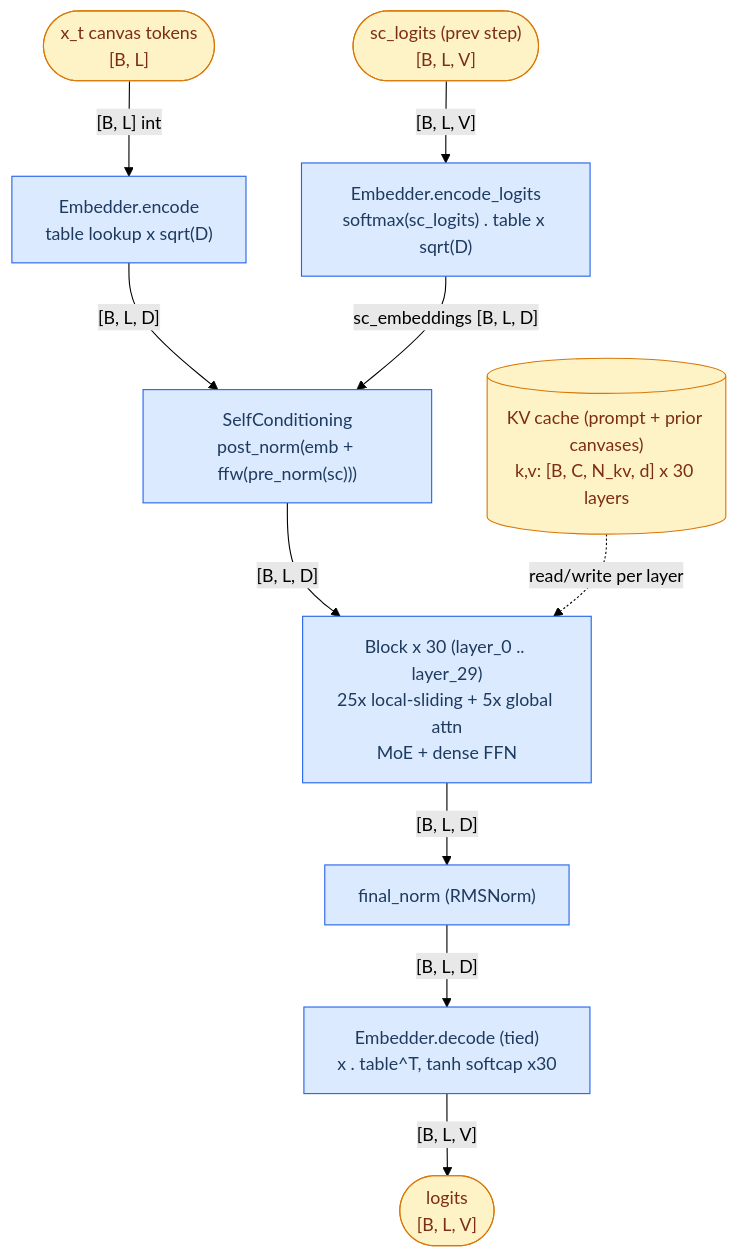
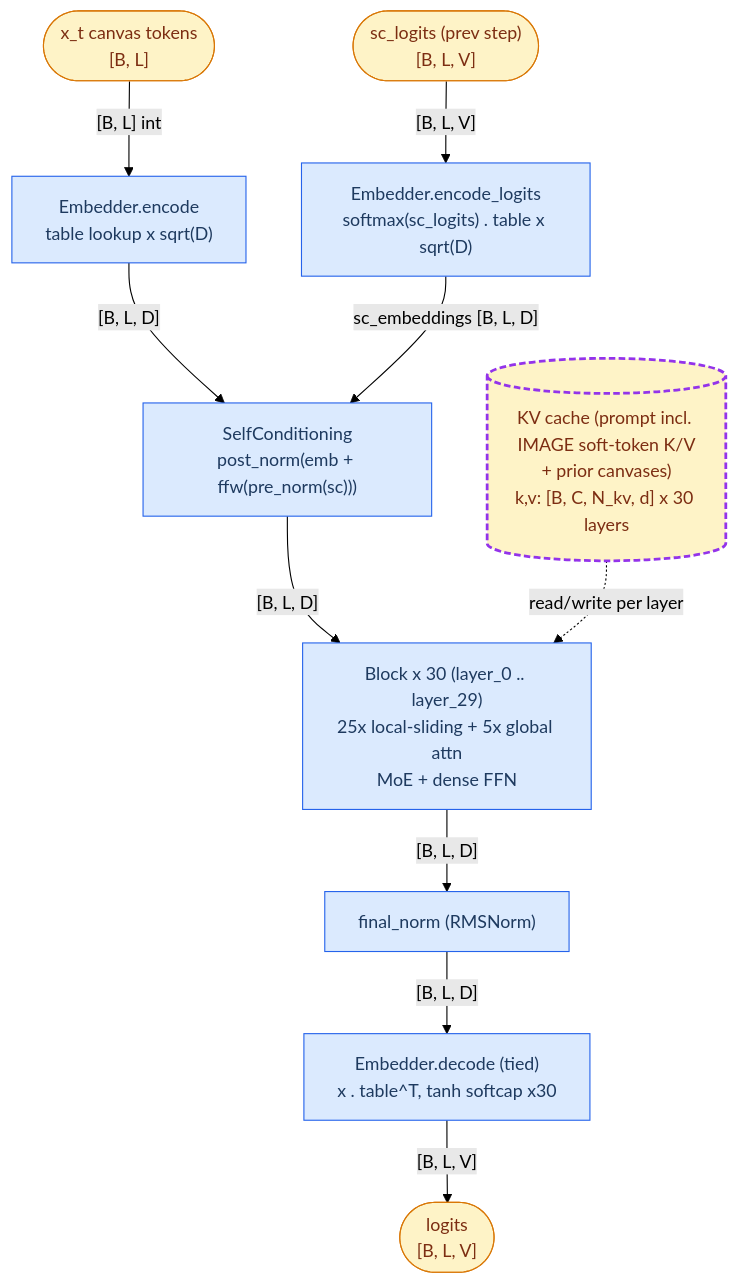
The diagram in docs/add-visual-inputs/mmd/l0-architecture.mmd (xinshengqin/gemma), drawn with Mermaid (forest theme) before and after one commit. The commit also changed 13 other files, not shown here.

```diff
--- a/docs/add-visual-inputs/mmd/l0-architecture.mmd
+++ b/docs/add-visual-inputs/mmd/l0-architecture.mmd
@@ -1,27 +1,26 @@
 %% L0 — DiffusionGemma_26B_A4B denoiser forward (call_with_self_conditioning)
 %% nodes = modules/ops, edges = activations. Stadium nodes = pivotal tensors.
+%% MODIFIED for vision: cache contents include image K/V (dashed purple).
 flowchart TB
     xt(["x_t canvas tokens<br/>[B, L]"]):::tensor
     sclog(["sc_logits (prev step)<br/>[B, L, V]"]):::tensor
-    kv[("KV cache (prompt + prior canvases)<br/>k,v: [B, C, N_kv, d] x 30 layers")]:::tensor
-
+    kv[("KV cache (prompt incl. IMAGE soft-token K/V<br/>+ prior canvases)<br/>k,v: [B, C, N_kv, d] x 30 layers")]:::modtensor
     EMB["Embedder.encode<br/>table lookup x sqrt(D)"]:::module
     ENCL["Embedder.encode_logits<br/>softmax(sc_logits) . table x sqrt(D)"]:::module
     SC["SelfConditioning<br/>post_norm(emb + ffw(pre_norm(sc)))"]:::module
     BLOCKS["Block x 30 (layer_0 .. layer_29)<br/>25x local-sliding + 5x global attn<br/>MoE + dense FFN"]:::module
     FN["final_norm (RMSNorm)"]:::module
     DEC["Embedder.decode (tied)<br/>x . table^T, tanh softcap x30"]:::module
     logits(["logits<br/>[B, L, V]"]):::tensor
-
     xt -- "[B, L] int" --> EMB
     sclog -- "[B, L, V]" --> ENCL
     EMB -- "[B, L, D]" --> SC
     ENCL -- "sc_embeddings [B, L, D]" --> SC
     SC -- "[B, L, D]" --> BLOCKS
     kv -. "read/write per layer" .-> BLOCKS
     BLOCKS -- "[B, L, D]" --> FN
     FN -- "[B, L, D]" --> DEC
     DEC -- "[B, L, V]" --> logits
-
     classDef module fill:#dbeafe,stroke:#2563eb,color:#1e3a5f
     classDef tensor fill:#fef3c7,stroke:#d97706,color:#7c2d12
+    classDef modtensor fill:#fef3c7,stroke:#9333ea,stroke-width:2.5px,stroke-dasharray:6 3,color:#7c2d12
```
